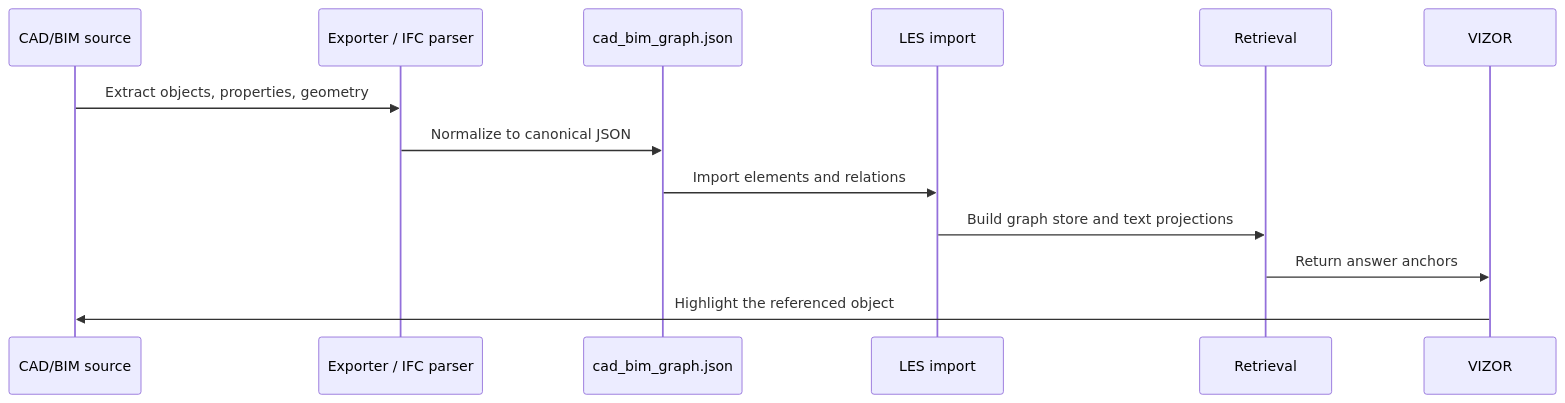
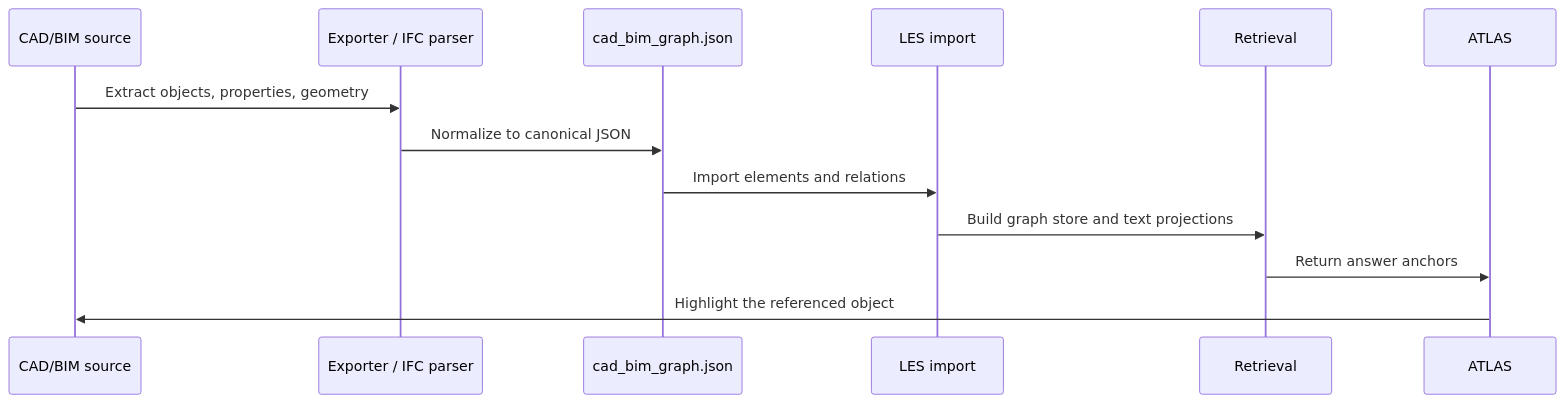
One commit to proovcme/les_rag_public changed the fourth of 6 diagrams in README.md. Above: the diagram before and after it, drawn with Mermaid. The commit also changed other lines of this file and 28 other files, not shown here.

````diff
--- a/README.md
+++ b/README.md
@@ -258,15 +258,15 @@
 ```mermaid
 sequenceDiagram
   participant Source as CAD/BIM source
   participant Exporter as Exporter / IFC parser
   participant Graph as cad_bim_graph.json
   participant LES as LES import
   participant RAG as Retrieval
-  participant VIZOR as VIZOR
+  participant ATLAS as ATLAS
   Source->>Exporter: Extract objects, properties, geometry
   Exporter->>Graph: Normalize to canonical JSON
   Graph->>LES: Import elements and relations
   LES->>RAG: Build graph store and text projections
-  RAG->>VIZOR: Return answer anchors
-  VIZOR->>Source: Highlight the referenced object
+  RAG->>ATLAS: Return answer anchors
+  ATLAS->>Source: Highlight the referenced object
 ```
````
